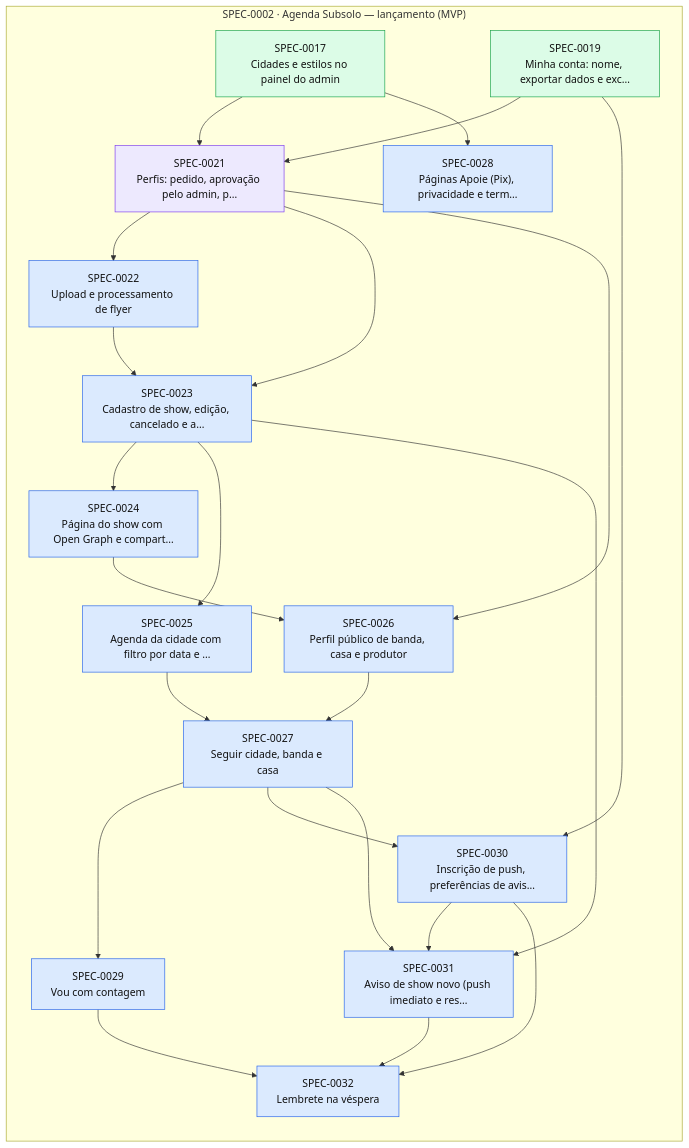
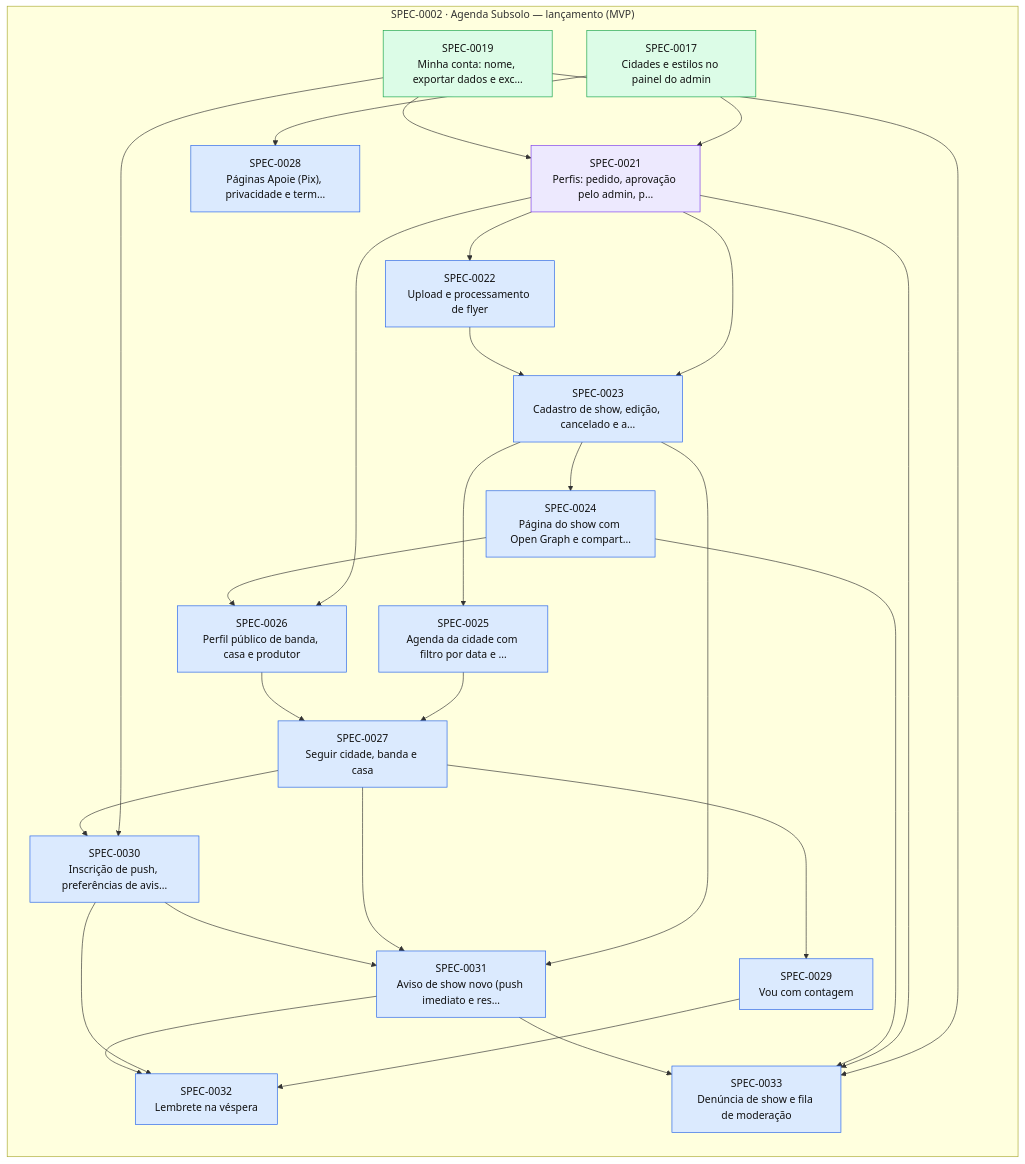
Before and after one commit to thomasravache/subsolo: the diagram in docs/specs/INDEX.md, drawn with Mermaid. The commit also changed other lines of this file and 4 other files, not shown here.

First line of the commit message:
docs(sdd): add, approve and plan SPEC-0033 (show reports and moderation queue) under the standing autopilot

````diff
--- a/docs/specs/INDEX.md
+++ b/docs/specs/INDEX.md
@@ -76,45 +78,50 @@
 ```mermaid
 flowchart LR
   subgraph E0002["SPEC-0002 · Agenda Subsolo — lançamento (MVP)"]
     S0017["SPEC-0017<br/>Cidades e estilos no painel do admin"]:::implemented
     S0019["SPEC-0019<br/>Minha conta: nome, exportar dados e exc…"]:::implemented
     S0021["SPEC-0021<br/>Perfis: pedido, aprovação pelo admin, p…"]:::inprogress
     S0022["SPEC-0022<br/>Upload e processamento de flyer"]:::approved
     S0023["SPEC-0023<br/>Cadastro de show, edição, cancelado e a…"]:::approved
     S0024["SPEC-0024<br/>Página do show com Open Graph e compart…"]:::approved
     S0025["SPEC-0025<br/>Agenda da cidade com filtro por data e …"]:::approved
     S0026["SPEC-0026<br/>Perfil público de banda, casa e produtor"]:::approved
     S0027["SPEC-0027<br/>Seguir cidade, banda e casa"]:::approved
     S0028["SPEC-0028<br/>Páginas Apoie (Pix), privacidade e term…"]:::approved
     S0029["SPEC-0029<br/>Vou com contagem"]:::approved
     S0030["SPEC-0030<br/>Inscrição de push, preferências de avis…"]:::approved
     S0031["SPEC-0031<br/>Aviso de show novo (push imediato e res…"]:::approved
     S0032["SPEC-0032<br/>Lembrete na véspera"]:::approved
+    S0033["SPEC-0033<br/>Denúncia de show e fila de moderação"]:::approved
   end
   S0017 --> S0021
   S0019 --> S0021
   S0021 --> S0022
   S0021 --> S0023
   S0022 --> S0023
   S0023 --> S0024
   S0023 --> S0025
   S0021 --> S0026
   S0024 --> S0026
   S0025 --> S0027
   S0026 --> S0027
   S0017 --> S0028
   S0027 --> S0029
   S0019 --> S0030
   S0027 --> S0030
   S0023 --> S0031
   S0027 --> S0031
   S0030 --> S0031
   S0029 --> S0032
   S0030 --> S0032
   S0031 --> S0032
+  S0019 --> S0033
+  S0021 --> S0033
+  S0024 --> S0033
+  S0031 --> S0033
   classDef proposed fill:#fef3c7,stroke:#d97706,color:#111
   classDef approved fill:#dbeafe,stroke:#2563eb,color:#111
   classDef inprogress fill:#ede9fe,stroke:#7c3aed,color:#111
   classDef implemented fill:#dcfce7,stroke:#16a34a,color:#111
   classDef deprecated fill:#f3f4f6,stroke:#9ca3af,color:#6b7280
 ```
````
